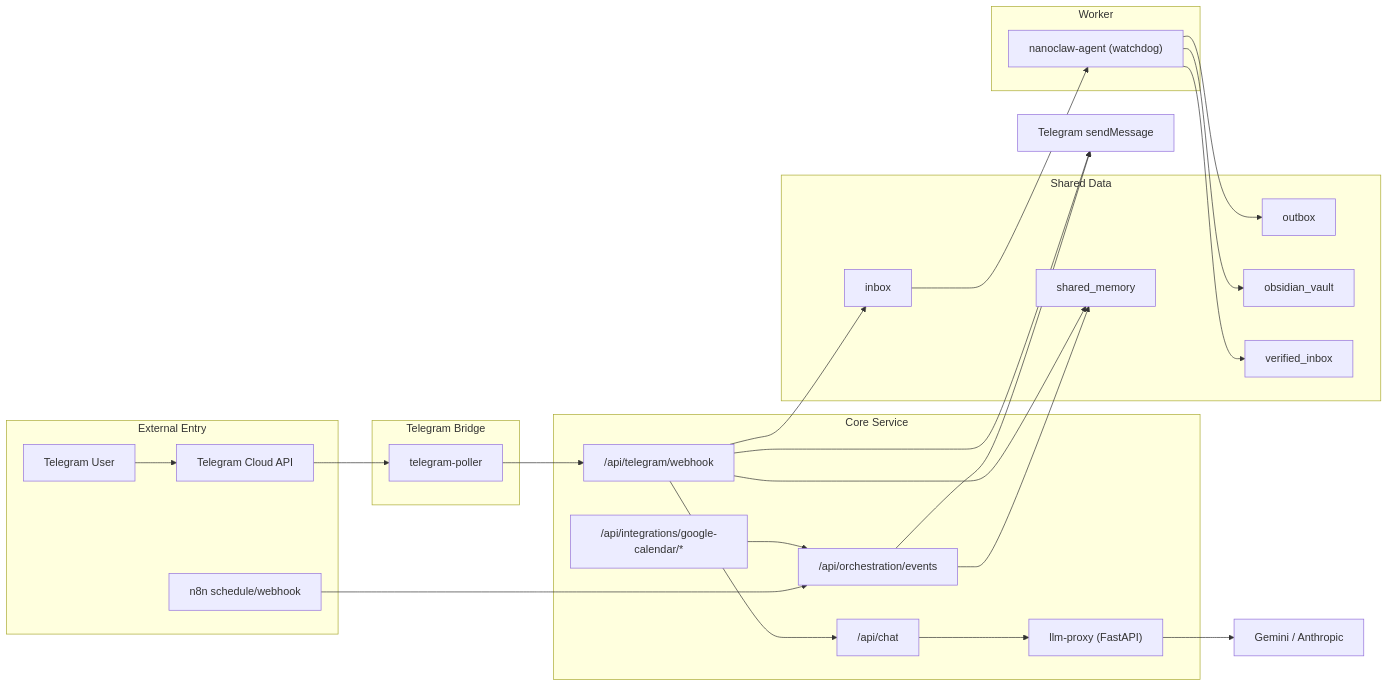
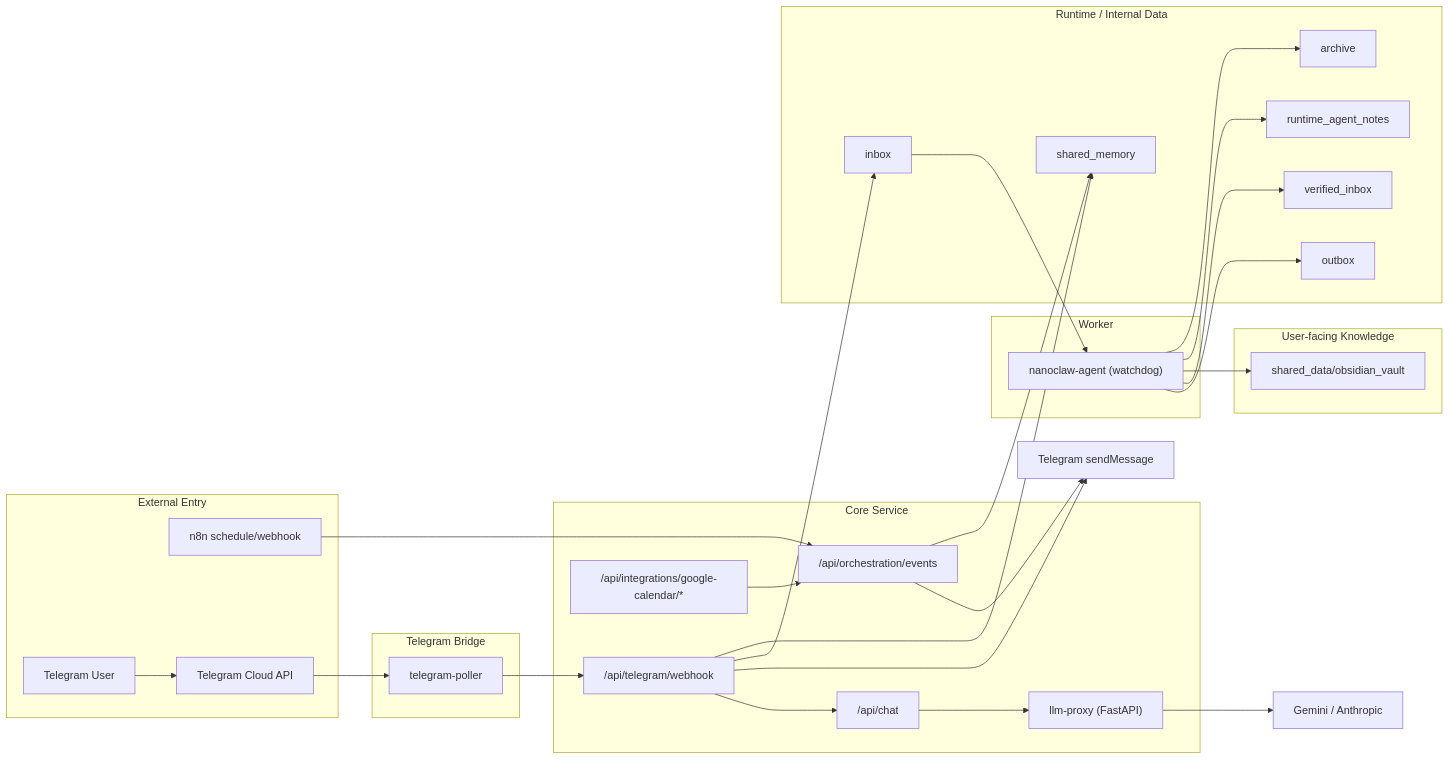
Before and after one commit to Merchantlee99/Personal-AI-agent-v2: the first of 5 diagrams in docs/ARCHITECTURE.md, drawn with Mermaid. The commit also changed other lines of this file and 14 other files, not shown here.

Commit message:
refactor: separate clio user vault from runtime artifacts

````diff
--- a/docs/ARCHITECTURE.md
+++ b/docs/ARCHITECTURE.md
@@ -23,53 +23,60 @@
 ```mermaid
 flowchart LR
   subgraph ENTRY["External Entry"]
     TGUSER["Telegram User"]
     N8N["n8n schedule/webhook"]
     TAPI["Telegram Cloud API"]
   end
 
   subgraph CORE["Core Service"]
     PX["llm-proxy (FastAPI)"]
     CHAT["/api/chat"]
     ORCH["/api/orchestration/events"]
     TGCB["/api/telegram/webhook"]
     GCAL["/api/integrations/google-calendar/*"]
   end
 
   subgraph BRIDGE["Telegram Bridge"]
     TGP["telegram-poller"]
   end
 
   subgraph WORKER["Worker"]
     AG["nanoclaw-agent (watchdog)"]
   end
 
-  subgraph STORE["Shared Data"]
+  subgraph USERDATA["User-facing Knowledge"]
+    VAULT["shared_data/obsidian_vault"]
+  end
+
+  subgraph RUNTIME["Runtime / Internal Data"]
     INBOX["inbox"]
     OUTBOX["outbox"]
-    VAULT["obsidian_vault"]
     VERIFIED["verified_inbox"]
-    MEMORY["shared_memory"]
+    MEM["shared_memory"]
+    RNOTES["runtime_agent_notes"]
+    ARCH["archive"]
   end
 
   TGUSER --> TAPI
   TAPI --> TGP
   TGP --> TGCB
   TGCB --> CHAT
   CHAT --> PX
   PX --> LLM["Gemini / Anthropic"]
 
   N8N --> ORCH
   ORCH --> TGAPI["Telegram sendMessage"]
   TGCB --> TGAPI
 
   TGCB --> INBOX
   INBOX --> AG
   AG --> OUTBOX
+  AG --> VERIFIED
   AG --> VAULT
-  AG --> VERIFIED
+  AG --> RNOTES
+  AG --> ARCH
 
-  ORCH --> MEMORY
-  TGCB --> MEMORY
+  ORCH --> MEM
+  TGCB --> MEM
   GCAL --> ORCH
 ```
````
